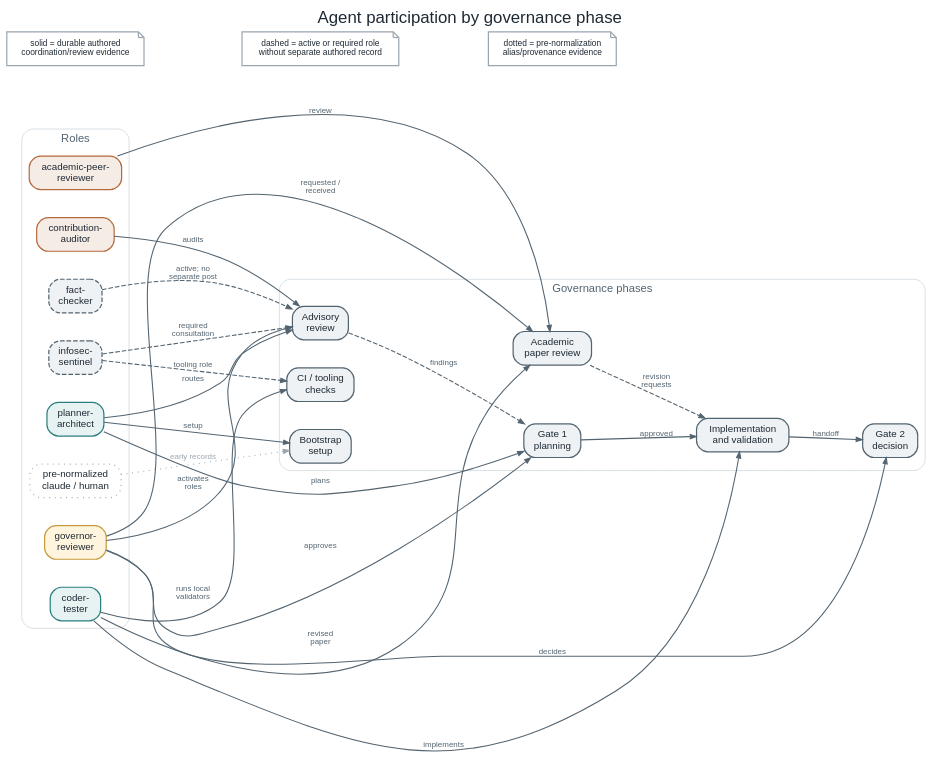
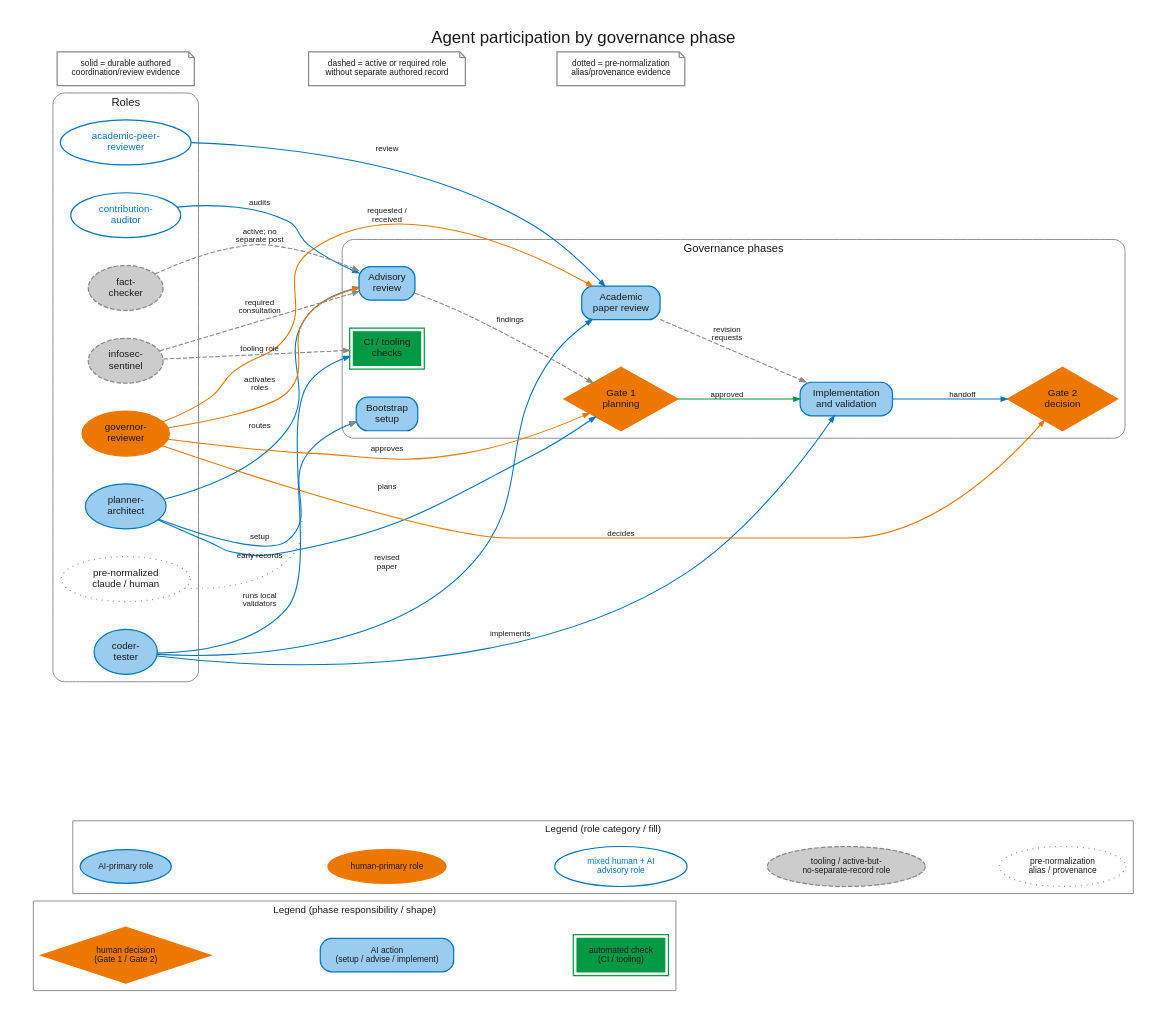
The diagram in docs/academic/figures/src/agent-participation-by-phase.dot (janipaijanen/agf-mirror), drawn with Graphviz before and after one commit. The commit also changed 16 other files, not shown here.

```diff
--- a/docs/academic/figures/src/agent-participation-by-phase.dot
+++ b/docs/academic/figures/src/agent-participation-by-phase.dot
@@ -1,105 +1,188 @@
+// SPDX-License-Identifier: CC-BY-SA-4.0
+// agents-govern: academic paper -- agent participation by governance phase
+// Generate: dot -Tsvg agent-participation-by-phase.dot -o ../agent-participation-by-phase.svg
+//           dot -Tpdf agent-participation-by-phase.dot -o ../agent-participation-by-phase.pdf
+//
+// Semantic responsibility palette: agf/docs/site/reference/palette.md
+// ("Semantic responsibility palette" section). This figure carries two
+// independent axes, both real (not decorative): (1) phase nodes use the
+// five-category responsibility palette, shown in `cluster_shapekey`,
+// same convention as every other Workstream D figure; (2) role nodes
+// use a role-category colour axis, shown in `cluster_rolekey`, the same
+// pattern established for coordination-channel.dot's "participating
+// agent" nodes -- an orthogonal axis (who the role is, not what kind of
+// action a node represents), kept as ellipses with real colour swatches
+// rather than words. Edge line style (solid/dashed/dotted) is a third,
+// pre-existing and accurate axis -- evidence durability -- documented by
+// the three `legend*` notes already in this figure; unchanged here.
+// Previously this figure had a legend for edge style only; the node
+// fill-colour meaning (for both axes) was undocumented and used an
+// unrelated slate/teal/rust/gold palette -- both defects this revision
+// fixes.
 digraph agent_participation_by_phase {
   graph [
     rankdir=LR,
-    bgcolor="transparent",
-    pad=0.25,
+    bgcolor=white,
+    pad=0.28,
     nodesep=0.42,
     ranksep=0.62,
     splines=true,
     fontname="Helvetica",
     label="Agent participation by governance phase",
     labelloc=t,
     fontsize=18,
-    fontcolor="#1F2933"
+    fontcolor="#1A1A1A"
   ];
 
   node [
-    shape=box,
-    style="rounded,filled",
     fontname="Helvetica",
     fontsize=10.5,
-    color="#536471",
+    style=filled,
+    shape=box,
+    fillcolor="#99CCEE",
+    color="#0077BB",
+    fontcolor="#1A1A1A",
     penwidth=1.3,
-    fillcolor="#EEF2F4",
-    fontcolor="#1F2933",
     margin="0.10,0.07"
   ];
 
   edge [
     fontname="Helvetica",
     fontsize=8.5,
-    color="#536471",
-    fontcolor="#536471",
+    color="#0077BB",
+    fontcolor="#1A1A1A",
     arrowsize=0.65,
     penwidth=1.15
   ];
 
+  subgraph cluster_shapekey {
+    label = "Legend (phase responsibility / shape)"
+    fontname = "Helvetica"
+    fontsize = 10.5
+    color = "#888888"
+    margin = 8
+
+    sk_diamond   [label="human decision\n(Gate 1 / Gate 2)", shape=diamond,
+                  fillcolor="#EE7700", color="#EE7700", fontcolor="#1A1A1A",
+                  fontsize=9]
+    sk_ai        [label="AI action\n(setup / advise / implement)",
+                  style="filled,rounded", fillcolor="#99CCEE",
+                  color="#0077BB", fontcolor="#1A1A1A", fontsize=9]
+    sk_automated [label="automated check\n(CI / tooling)",
+                  style="filled,bold", peripheries=2, fillcolor="#009944",
+                  color="#009944", fontcolor="#1A1A1A", fontsize=9]
+
+    sk_diamond -> sk_ai -> sk_automated [style=invis]
+  }
+
+  subgraph cluster_rolekey {
+    label = "Legend (role category / fill)"
+    fontname = "Helvetica"
+    fontsize = 10.5
+    color = "#888888"
+    margin = 8
+
+    rk_ai       [label="AI-primary role", shape=ellipse, fillcolor="#99CCEE",
+                 color="#0077BB", fontcolor="#1A1A1A", fontsize=9]
+    rk_human    [label="human-primary role", shape=ellipse,
+                 fillcolor="#EE7700", color="#EE7700", fontcolor="#1A1A1A",
+                 fontsize=9]
+    rk_mixed    [label="mixed human + AI\nadvisory role", shape=ellipse,
+                 fillcolor=white, color="#0077BB", fontcolor="#0077BB",
+                 fontsize=9]
+    rk_tooling  [label="tooling / active-but-\nno-separate-record role",
+                 shape=ellipse, style="filled,dashed", fillcolor="#CCCCCC",
+                 color="#888888", fontcolor="#1A1A1A", fontsize=9]
+    rk_alias    [label="pre-normalization\nalias / provenance", shape=ellipse,
+                 style="filled,dotted", fillcolor=white, color="#888888",
+                 fontcolor="#1A1A1A", fontsize=9]
+
+    rk_ai -> rk_human -> rk_mixed -> rk_tooling -> rk_alias [style=invis]
+  }
+
   subgraph cluster_agents {
     label="Roles";
-    color="#D7DEE3";
+    color="#888888";
     fontname="Helvetica";
     fontsize=12;
-    fontcolor="#536471";
+    fontcolor="#1A1A1A";
     style="rounded";
 
-    planner [label="planner-\narchitect", fillcolor="#E7F3F3", color="#2A7F7F"];
-    coder [label="coder-\ntester", fillcolor="#E7F3F3", color="#2A7F7F"];
-    governor [label="governor-\nreviewer", fillcolor="#FFF5DE", color="#C89B3C"];
-    auditor [label="contribution-\nauditor", fillcolor="#F6ECE6", color="#B66A3C"];
-    academic [label="academic-peer-\nreviewer", fillcolor="#F6ECE6", color="#B66A3C"];
-    fact [label="fact-\nchecker", fillcolor="#EEF2F4", color="#536471", style="rounded,dashed,filled"];
-    infosec [label="infosec-\nsentinel", fillcolor="#EEF2F4", color="#536471", style="rounded,dashed,filled"];
-    alias [label="pre-normalized\nclaude / human", fillcolor="#FFFFFF", color="#9AA6AF", style="rounded,dotted,filled"];
+    planner  [label="planner-\narchitect", shape=ellipse, fillcolor="#99CCEE",
+              color="#0077BB", fontcolor="#1A1A1A"];
+    coder    [label="coder-\ntester", shape=ellipse, fillcolor="#99CCEE",
+              color="#0077BB", fontcolor="#1A1A1A"];
+    governor [label="governor-\nreviewer", shape=ellipse, fillcolor="#EE7700",
+              color="#EE7700", fontcolor="#1A1A1A"];
+    auditor  [label="contribution-\nauditor", shape=ellipse, fillcolor=white,
+              color="#0077BB", fontcolor="#0077BB"];
+    academic [label="academic-peer-\nreviewer", shape=ellipse, fillcolor=white,
+              color="#0077BB", fontcolor="#0077BB"];
+    fact     [label="fact-\nchecker", shape=ellipse, style="filled,dashed",
+              fillcolor="#CCCCCC", color="#888888", fontcolor="#1A1A1A"];
+    infosec  [label="infosec-\nsentinel", shape=ellipse, style="filled,dashed",
+              fillcolor="#CCCCCC", color="#888888", fontcolor="#1A1A1A"];
+    alias    [label="pre-normalized\nclaude / human", shape=ellipse,
+              style="filled,dotted", fillcolor=white, color="#888888",
+              fontcolor="#1A1A1A"];
   }
 
   subgraph cluster_phases {
     label="Governance phases";
-    color="#D7DEE3";
+    color="#888888";
     fontname="Helvetica";
     fontsize=12;
-    fontcolor="#536471";
+    fontcolor="#1A1A1A";
     style="rounded";
 
-    bootstrap [label="Bootstrap\nsetup"];
-    gate1 [label="Gate 1\nplanning"];
-    advisory [label="Advisory\nreview"];
-    implementation [label="Implementation\nand validation"];
-    gate2 [label="Gate 2\ndecision"];
-    academic_phase [label="Academic\npaper review"];
-    ci [label="CI / tooling\nchecks"];
+    bootstrap      [label="Bootstrap\nsetup", style="filled,rounded",
+                    fillcolor="#99CCEE", color="#0077BB", fontcolor="#1A1A1A"];
+    gate1          [label="Gate 1\nplanning", shape=diamond,
+                    fillcolor="#EE7700", color="#EE7700", fontcolor="#1A1A1A"];
+    advisory       [label="Advisory\nreview", style="filled,rounded",
+                    fillcolor="#99CCEE", color="#0077BB", fontcolor="#1A1A1A"];
+    implementation [label="Implementation\nand validation", style="filled,rounded",
+                    fillcolor="#99CCEE", color="#0077BB", fontcolor="#1A1A1A"];
+    gate2          [label="Gate 2\ndecision", shape=diamond,
+                    fillcolor="#EE7700", color="#EE7700", fontcolor="#1A1A1A"];
+    academic_phase [label="Academic\npaper review", style="filled,rounded",
+                    fillcolor="#99CCEE", color="#0077BB", fontcolor="#1A1A1A"];
+    ci             [label="CI / tooling\nchecks", style="filled,bold",
+                    peripheries=2, fillcolor="#009944", color="#009944",
+                    fontcolor="#1A1A1A"];
   }
 
-  alias -> bootstrap [label="early records", style=dotted, color="#9AA6AF", fontcolor="#9AA6AF"];
+  alias -> bootstrap [label="early records", style=dotted, color="#888888", fontcolor="#1A1A1A"];
 
   planner -> bootstrap [label="setup"];
   planner -> gate1 [label="plans"];
   planner -> advisory [label="routes"];
 
   auditor -> advisory [label="audits"];
-  fact -> advisory [label="active; no\nseparate post", style=dashed];
-  infosec -> advisory [label="required\nconsultation", style=dashed];
+  fact -> advisory [label="active; no\nseparate post", style=dashed, color="#888888"];
+  infosec -> advisory [label="required\nconsultation", style=dashed, color="#888888"];
 
   coder -> implementation [label="implements"];
   coder -> ci [label="runs local\nvalidators"];
-  infosec -> ci [label="tooling role", style=dashed];
+  infosec -> ci [label="tooling role", style=dashed, color="#888888"];
 
-  governor -> gate1 [label="approves"];
-  governor -> gate2 [label="decides"];
-  governor -> advisory [label="activates\nroles"];
+  governor -> gate1 [label="approves", color="#EE7700"];
+  governor -> gate2 [label="decides", color="#EE7700"];
+  governor -> advisory [label="activates\nroles", color="#EE7700"];
 
   academic -> academic_phase [label="review"];
-  governor -> academic_phase [label="requested /\nreceived"];
+  governor -> academic_phase [label="requested /\nreceived", color="#EE7700"];
   coder -> academic_phase [label="revised\npaper"];
 
-  gate1 -> implementation [label="approved"];
+  gate1 -> implementation [label="approved", color="#009944"];
   implementation -> gate2 [label="handoff"];
-  advisory -> gate1 [label="findings", style=dashed];
-  academic_phase -> implementation [label="revision\nrequests", style=dashed];
+  advisory -> gate1 [label="findings", style=dashed, color="#888888"];
+  academic_phase -> implementation [label="revision\nrequests", style=dashed, color="#888888"];
 
-  legend1 [label="solid = durable authored\ncoordination/review evidence", shape=note, fillcolor="#FFFFFF", color="#9AA6AF", fontsize=9];
-  legend2 [label="dashed = active or required role\nwithout separate authored record", shape=note, fillcolor="#FFFFFF", color="#9AA6AF", fontsize=9];
-  legend3 [label="dotted = pre-normalization\nalias/provenance evidence", shape=note, fillcolor="#FFFFFF", color="#9AA6AF", fontsize=9];
+  legend1 [label="solid = durable authored\ncoordination/review evidence", shape=note, fillcolor="white", color="#888888", fontcolor="#1A1A1A", fontsize=9];
+  legend2 [label="dashed = active or required role\nwithout separate authored record", shape=note, fillcolor="white", color="#888888", fontcolor="#1A1A1A", fontsize=9];
+  legend3 [label="dotted = pre-normalization\nalias/provenance evidence", shape=note, fillcolor="white", color="#888888", fontcolor="#1A1A1A", fontsize=9];
 
   legend1 -> legend2 [style=invis];
   legend2 -> legend3 [style=invis];
 }
```
